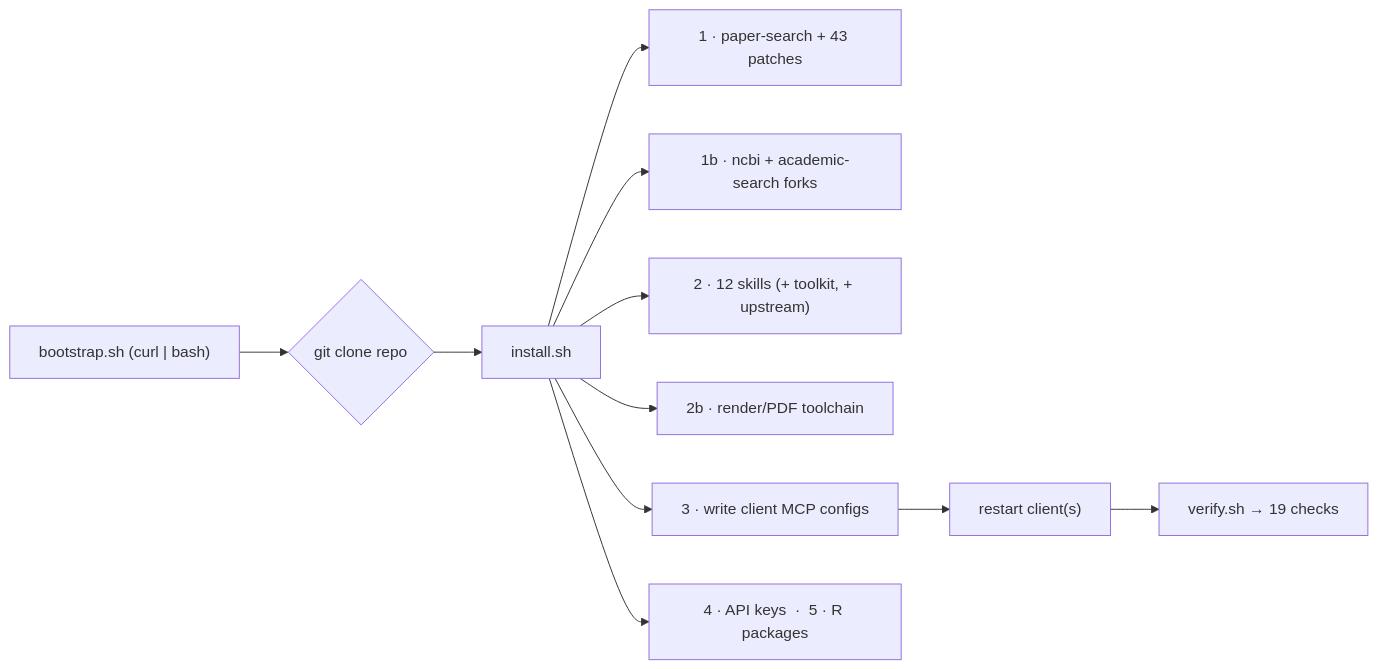
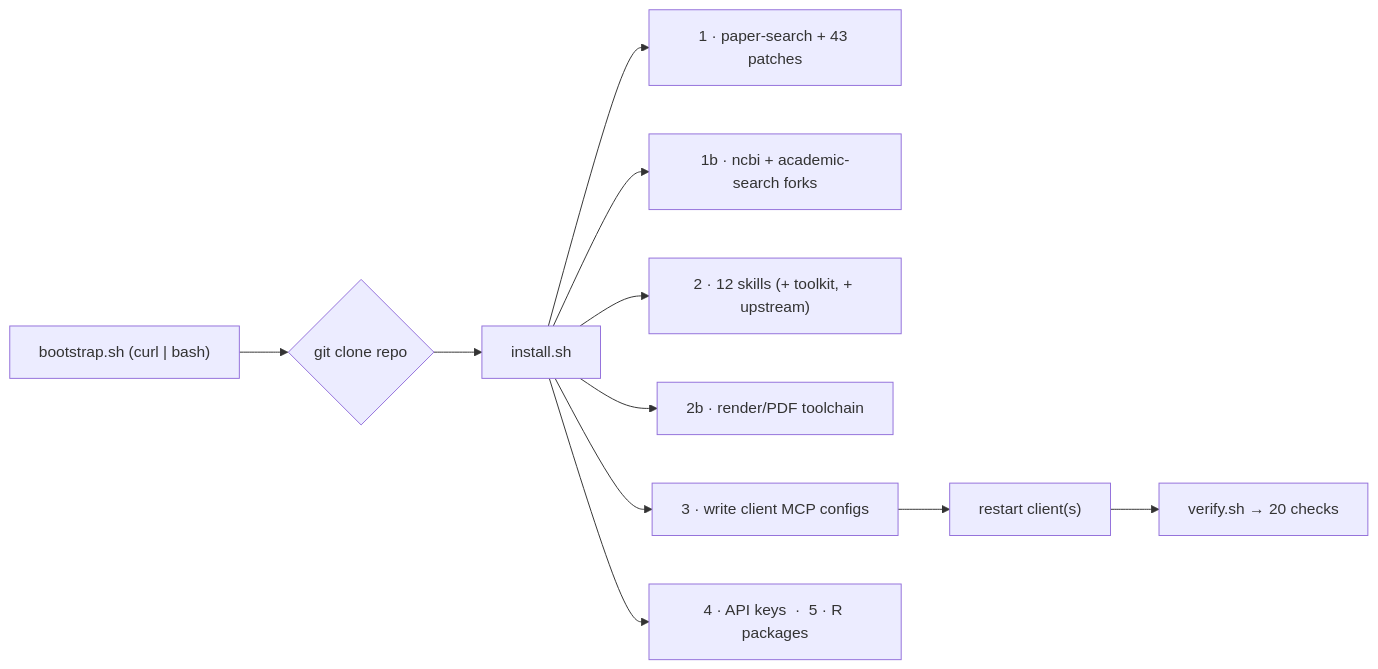
One commit to drb253/research-stack changed the second of 7 diagrams in README.md. Above: the diagram before and after it, drawn with Mermaid. The commit also changed other lines of this file and 55 other files, not shown here.

````diff
--- a/README.md
+++ b/README.md
@@ -195,12 +195,12 @@
 ```mermaid
 flowchart LR
     A["bootstrap.sh (curl | bash)"] --> B{"git clone repo"}
     B --> C["install.sh"]
     C --> D["1 · paper-search + 43 patches"]
     C --> E["1b · ncbi + academic-search forks"]
     C --> F["2 · 12 skills (+ toolkit, + upstream)"]
     C --> G["2b · render/PDF toolchain"]
     C --> H["3 · write client MCP configs"]
     C --> I["4 · API keys  ·  5 · R packages"]
-    H --> J["restart client(s)"] --> K["verify.sh → 19 checks"]
+    H --> J["restart client(s)"] --> K["verify.sh → 20 checks"]
 ```
````
